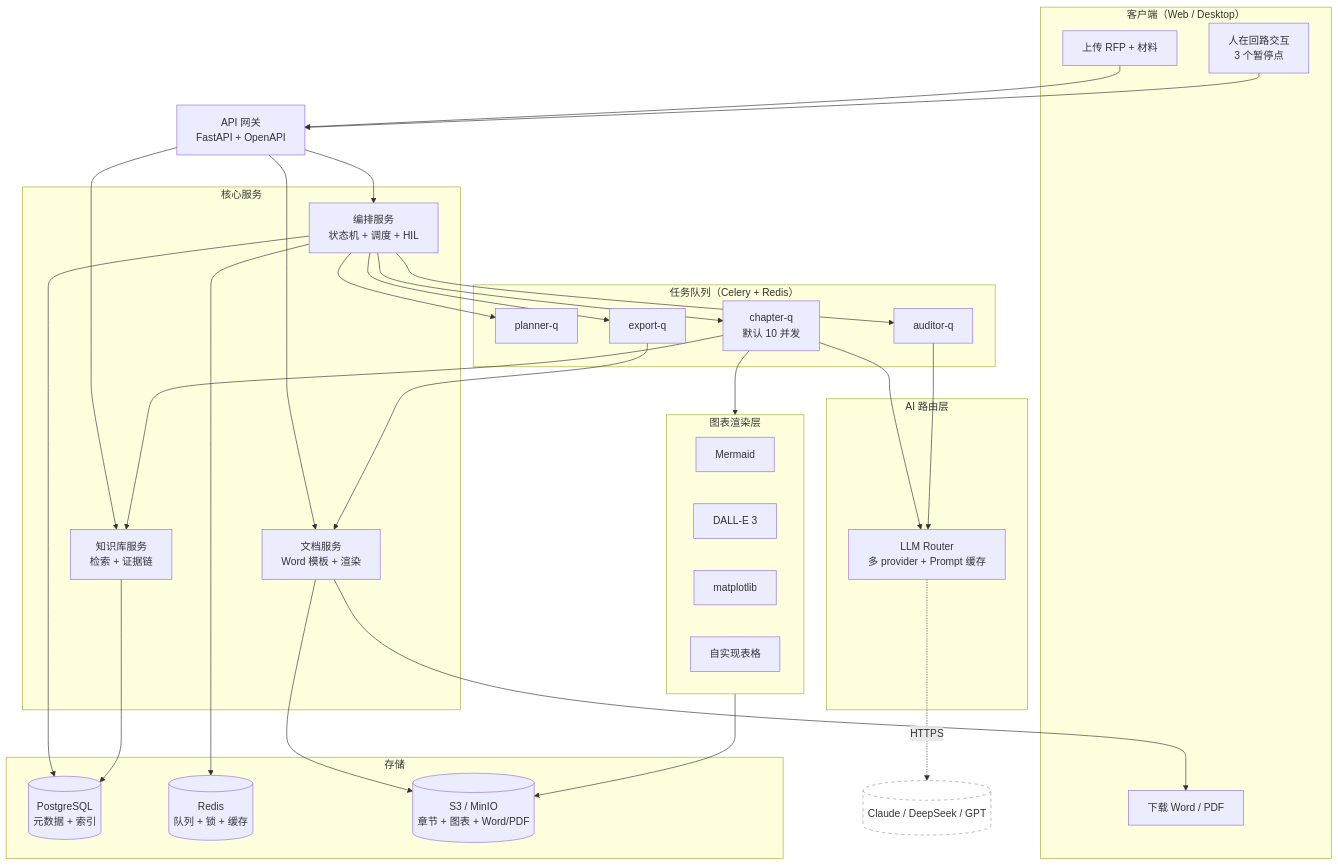
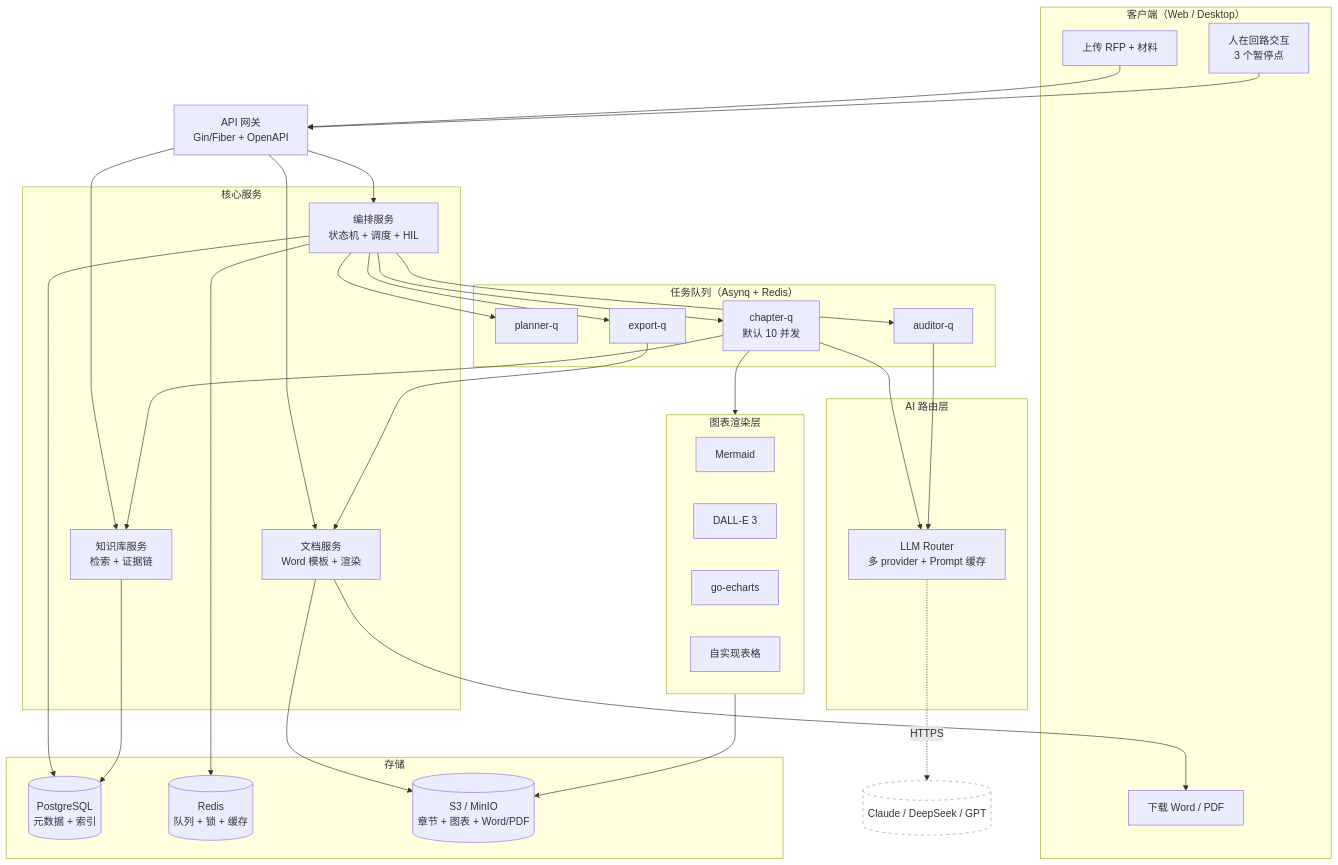
One commit to growdu/ai_toubiao changed the diagram in README.md. Above: the diagram before and after it, drawn with Mermaid. The commit also changed other lines of this file and 7 other files, not shown here.

````diff
--- a/README.md
+++ b/README.md
@@ -10,78 +9,78 @@
 ```mermaid
 flowchart TB
     %% 客户端
     subgraph CLIENT["客户端（Web / Desktop）"]
         UP["上传 RFP + 材料"]
         HIL["人在回路交互<br/>3 个暂停点"]
         DL["下载 Word / PDF"]
     end
 
     %% API
-    API["API 网关<br/>FastAPI + OpenAPI"]
+    API["API 网关<br/>Gin/Fiber + OpenAPI"]
 
     %% 核心服务
     subgraph SERVICES["核心服务"]
         ORCH["编排服务<br/>状态机 + 调度 + HIL"]
         KB["知识库服务<br/>检索 + 证据链"]
         DOC["文档服务<br/>Word 模板 + 渲染"]
     end
 
     %% 任务队列
-    subgraph QUEUES["任务队列（Celery + Redis）"]
+    subgraph QUEUES["任务队列（Asynq + Redis）"]
         QP["planner-q"]
         QC["chapter-q<br/>默认 10 并发"]
         QA["auditor-q"]
         QX["export-q"]
     end
 
     %% AI
     subgraph AI["AI 路由层"]
         LLM["LLM Router<br/>多 provider + Prompt 缓存"]
     end
 
     %% 图表
     subgraph ILL["图表渲染层"]
         M["Mermaid"]
         IAI["DALL-E 3"]
-        MT["matplotlib"]
+        MT["go-echarts"]
         TB["自实现表格"]
     end
 
     %% 存储
     subgraph STORE["存储"]
         PG[("PostgreSQL<br/>元数据 + 索引")]
         RD[("Redis<br/>队列 + 锁 + 缓存")]
         S3[("S3 / MinIO<br/>章节 + 图表 + Word/PDF")]
     end
 
     %% 主流程
     UP --> API
     HIL --> API
     API --> ORCH
     API --> DOC
     API --> KB
 
     ORCH --> QP
     ORCH --> QC
     ORCH --> QA
     ORCH --> QX
 
     QC --> KB
     QC --> LLM
     QC --> ILL
     QA --> LLM
     QX --> DOC
 
     LLM -.->|"HTTPS"| LLMEXT[("Claude / DeepSeek / GPT")]
 
     ORCH --> PG
     ORCH --> RD
     KB --> PG
     DOC --> S3
     ILL --> S3
 
     DOC --> DL
 
     classDef external fill:#fff,stroke:#999,stroke-dasharray: 5 5
     class LLMEXT external
 ```
````
